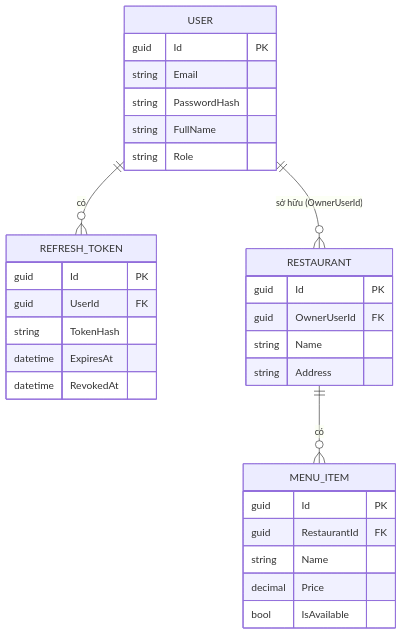
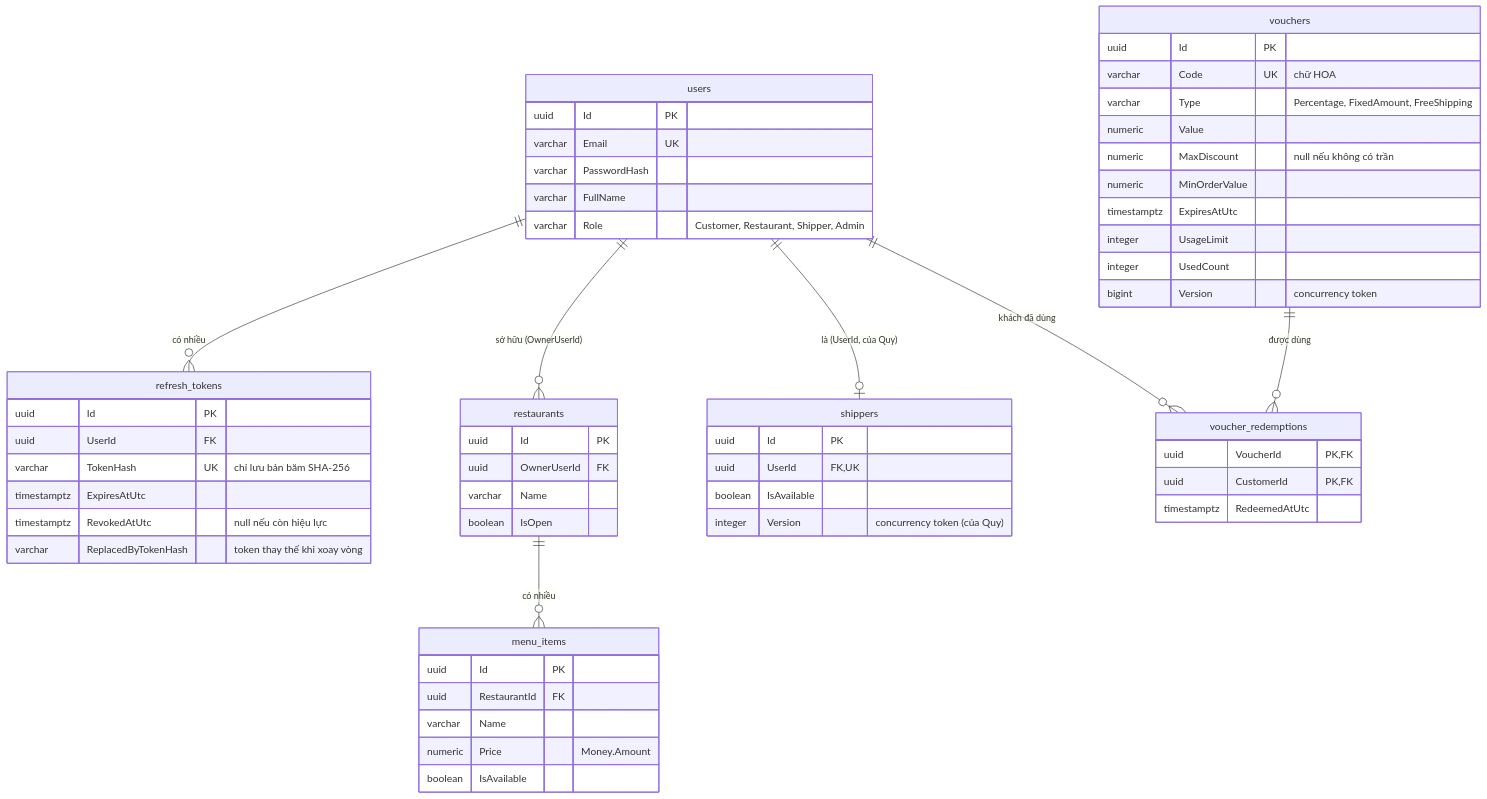
One commit to trannhutquy/FOOD_YEU_THUONG changed the diagram in docs/er-draft.md. Above: the diagram before and after it, drawn with Mermaid. The commit also changed other lines of this file and 58 other files, not shown here.

Commit message:
feat(vy): add auth, restaurant/menu, and voucher modules

````diff
--- a/docs/er-draft.md
+++ b/docs/er-draft.md
@@ -3,34 +6,61 @@
 ```mermaid
 erDiagram
-    USER ||--o{ REFRESH_TOKEN : "có"
-    USER ||--o{ RESTAURANT : "sở hữu (OwnerUserId)"
-    RESTAURANT ||--o{ MENU_ITEM : "có"
+    users ||--o{ refresh_tokens : "có nhiều"
+    users ||--o{ restaurants : "sở hữu (OwnerUserId)"
+    users ||--o| shippers : "là (UserId, của Quy)"
+    restaurants ||--o{ menu_items : "có nhiều"
+    vouchers ||--o{ voucher_redemptions : "được dùng"
+    users ||--o{ voucher_redemptions : "khách đã dùng"
 
-    USER {
-        guid Id PK
-        string Email
-        string PasswordHash
-        string FullName
-        string Role
+    users {
+        uuid Id PK
+        varchar Email UK
+        varchar PasswordHash
+        varchar FullName
+        varchar Role "Customer, Restaurant, Shipper, Admin"
     }
-    REFRESH_TOKEN {
-        guid Id PK
-        guid UserId FK
-        string TokenHash
-        datetime ExpiresAt
-        datetime RevokedAt
+    refresh_tokens {
+        uuid Id PK
+        uuid UserId FK
+        varchar TokenHash UK "chỉ lưu bản băm SHA-256"
+        timestamptz ExpiresAtUtc
+        timestamptz RevokedAtUtc "null nếu còn hiệu lực"
+        varchar ReplacedByTokenHash "token thay thế khi xoay vòng"
     }
-    RESTAURANT {
-        guid Id PK
-        guid OwnerUserId FK
-        string Name
-        string Address
+    restaurants {
+        uuid Id PK
+        uuid OwnerUserId FK
+        varchar Name
+        boolean IsOpen
     }
-    MENU_ITEM {
-        guid Id PK
-        guid RestaurantId FK
-        string Name
-        decimal Price
-        bool IsAvailable
+    menu_items {
+        uuid Id PK
+        uuid RestaurantId FK
+        varchar Name
+        numeric Price "Money.Amount"
+        boolean IsAvailable
+    }
+    vouchers {
+        uuid Id PK
+        varchar Code UK "chữ HOA"
+        varchar Type "Percentage, FixedAmount, FreeShipping"
+        numeric Value
+        numeric MaxDiscount "null nếu không có trần"
+        numeric MinOrderValue
+        timestamptz ExpiresAtUtc
+        integer UsageLimit
+        integer UsedCount
+        bigint Version "concurrency token"
+    }
+    voucher_redemptions {
+        uuid VoucherId PK,FK
+        uuid CustomerId PK,FK
+        timestamptz RedeemedAtUtc
+    }
+    shippers {
+        uuid Id PK
+        uuid UserId FK,UK
+        boolean IsAvailable
+        integer Version "concurrency token (của Quy)"
     }
 ```
````
